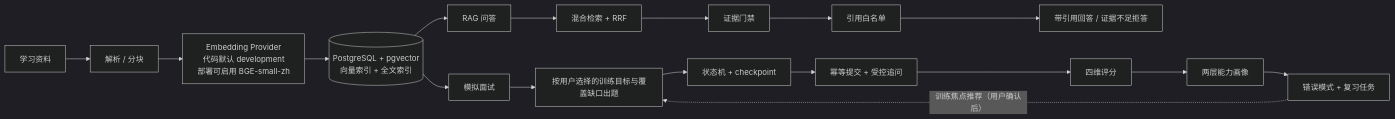
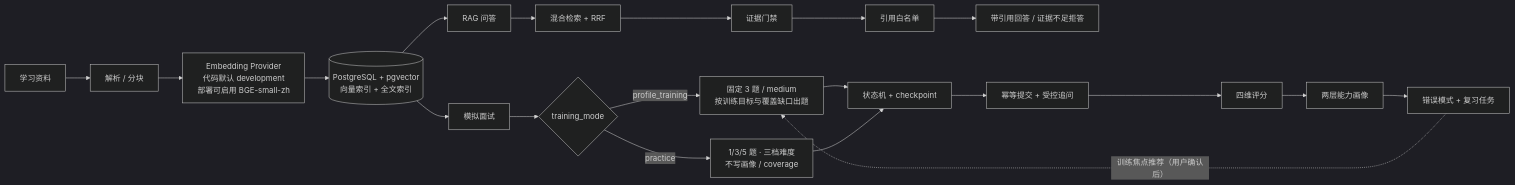
Before and after one commit to shengpandong22-create/person-rag-rot: the diagram in docs/interview/briefing/00-面试突击总览.md, drawn with Mermaid (dark theme). The commit also changed other lines of this file and 5 other files, not shown here.

````diff
--- a/docs/interview/briefing/00-面试突击总览.md
+++ b/docs/interview/briefing/00-面试突击总览.md
@@ -60,21 +62,24 @@
 ```mermaid
 flowchart LR
     A[学习资料] --> B[解析 / 分块]
     B --> C["Embedding Provider<br/>代码默认 development<br/>部署可启用 BGE-small-zh"]
     C --> D[(PostgreSQL + pgvector<br/>向量索引 + 全文索引)]
 
     D --> E[RAG 问答]
     E --> E1[混合检索 + RRF]
     E1 --> E2[证据门禁]
     E2 --> E3[引用白名单]
     E3 --> F[带引用回答 / 证据不足拒答]
 
     D --> G[模拟面试]
-    G --> G1["按用户选择的训练目标与覆盖缺口出题"]
+    G --> GM{"training_mode"}
+    GM -->|profile_training| G1["固定 3 题 / medium<br/>按训练目标与覆盖缺口出题"]
+    GM -->|practice| G1P["1/3/5 题 · 三档难度<br/>不写画像 / coverage"]
     G1 --> G2[状态机 + checkpoint]
+    G1P --> G2
     G2 --> G3[幂等提交 + 受控追问]
     G3 --> H[四维评分]
     H --> I[两层能力画像]
     I --> J[错误模式 + 复习任务]
     J -.训练焦点推荐（用户确认后）.-> G1
 ```
````
